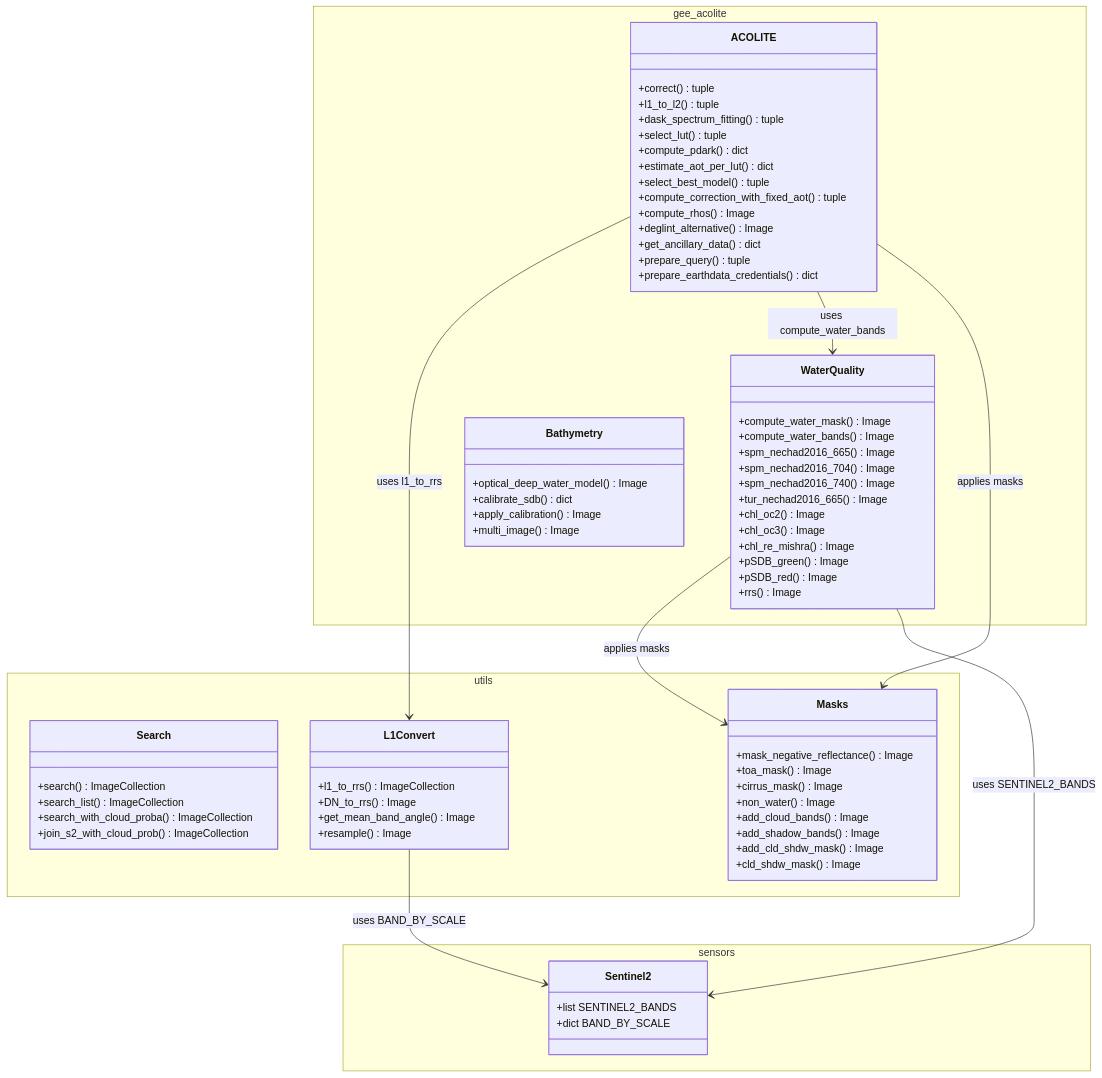
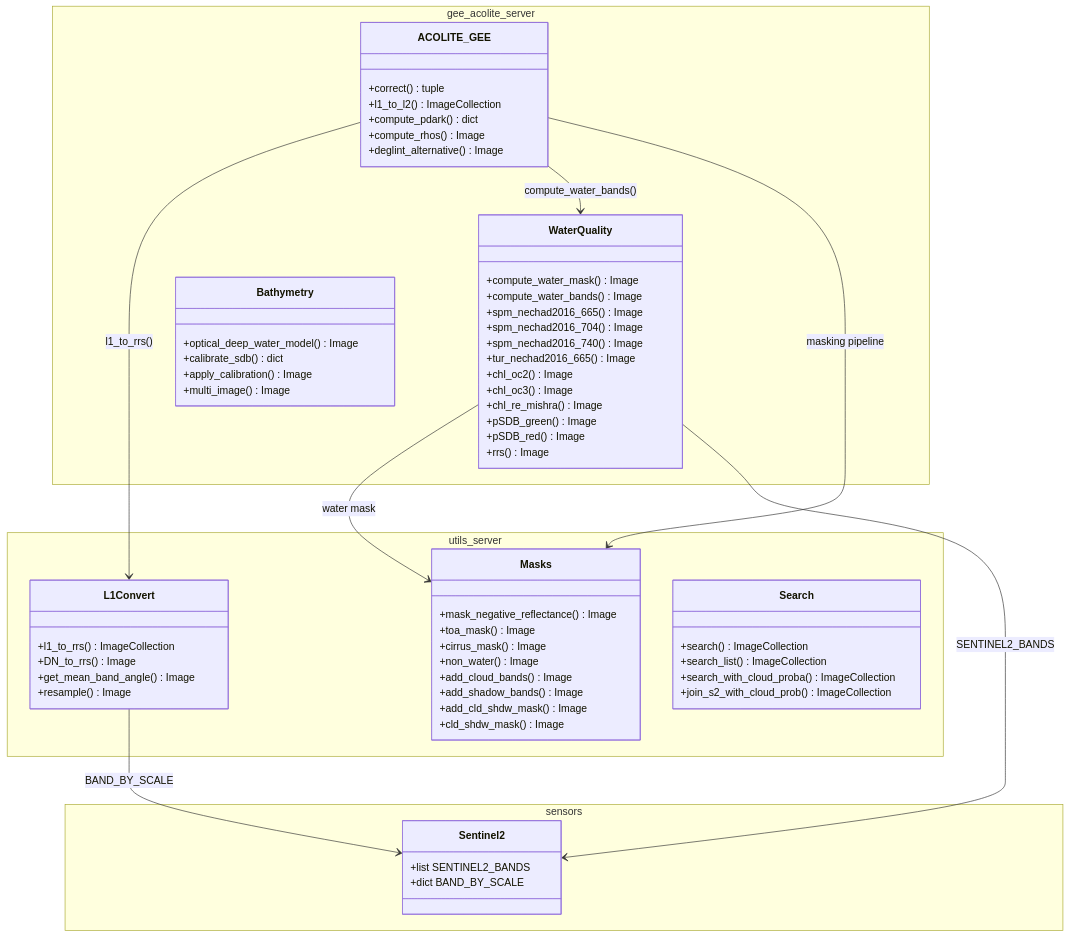
One commit to Aouei/gee_acolite changed the second of 6 diagrams in docs/architecture/class_diagram.md. Above: the diagram before and after it, drawn with Mermaid. The commit also changed other lines of this file and 6 other files, not shown here.

````diff
--- a/docs/architecture/class_diagram.md
+++ b/docs/architecture/class_diagram.md
@@ -9,79 +67,71 @@
 ```mermaid
 classDiagram
-    namespace gee_acolite {
-        class ACOLITE {
+    namespace gee_acolite_server {
+        class ACOLITE_GEE {
             +correct() tuple
-            +l1_to_l2() tuple
-            +dask_spectrum_fitting() tuple
-            +select_lut() tuple
+            +l1_to_l2() ImageCollection
             +compute_pdark() dict
-            +estimate_aot_per_lut() dict
-            +select_best_model() tuple
-            +compute_correction_with_fixed_aot() tuple
             +compute_rhos() Image
             +deglint_alternative() Image
-            +get_ancillary_data() dict
-            +prepare_query() tuple
-            +prepare_earthdata_credentials() dict
         }
         class WaterQuality {
             +compute_water_mask() Image
             +compute_water_bands() Image
             +spm_nechad2016_665() Image
             +spm_nechad2016_704() Image
             +spm_nechad2016_740() Image
             +tur_nechad2016_665() Image
             +chl_oc2() Image
             +chl_oc3() Image
             +chl_re_mishra() Image
             +pSDB_green() Image
             +pSDB_red() Image
             +rrs() Image
         }
         class Bathymetry {
             +optical_deep_water_model() Image
             +calibrate_sdb() dict
             +apply_calibration() Image
             +multi_image() Image
         }
     }
 
-    namespace utils {
-        class Search {
-            +search() ImageCollection
-            +search_list() ImageCollection
-            +search_with_cloud_proba() ImageCollection
-            +join_s2_with_cloud_prob() ImageCollection
-        }
+    namespace utils_server {
         class L1Convert {
             +l1_to_rrs() ImageCollection
             +DN_to_rrs() Image
             +get_mean_band_angle() Image
             +resample() Image
         }
         class Masks {
             +mask_negative_reflectance() Image
             +toa_mask() Image
             +cirrus_mask() Image
             +non_water() Image
             +add_cloud_bands() Image
             +add_shadow_bands() Image
             +add_cld_shdw_mask() Image
             +cld_shdw_mask() Image
         }
+        class Search {
+            +search() ImageCollection
+            +search_list() ImageCollection
+            +search_with_cloud_proba() ImageCollection
+            +join_s2_with_cloud_prob() ImageCollection
+        }
     }
 
     namespace sensors {
         class Sentinel2 {
             +list SENTINEL2_BANDS
             +dict BAND_BY_SCALE
         }
     }
 
-    ACOLITE --> L1Convert : uses l1_to_rrs
-    ACOLITE --> WaterQuality : uses compute_water_bands
-    ACOLITE --> Masks : applies masks
-    WaterQuality --> Masks : applies masks
-    WaterQuality --> Sentinel2 : uses SENTINEL2_BANDS
-    L1Convert --> Sentinel2 : uses BAND_BY_SCALE
+    ACOLITE_GEE --> L1Convert : l1_to_rrs()
+    ACOLITE_GEE --> WaterQuality : compute_water_bands()
+    ACOLITE_GEE --> Masks : masking pipeline
+    WaterQuality --> Masks : water mask
+    WaterQuality --> Sentinel2 : SENTINEL2_BANDS
+    L1Convert --> Sentinel2 : BAND_BY_SCALE
 ```
````
